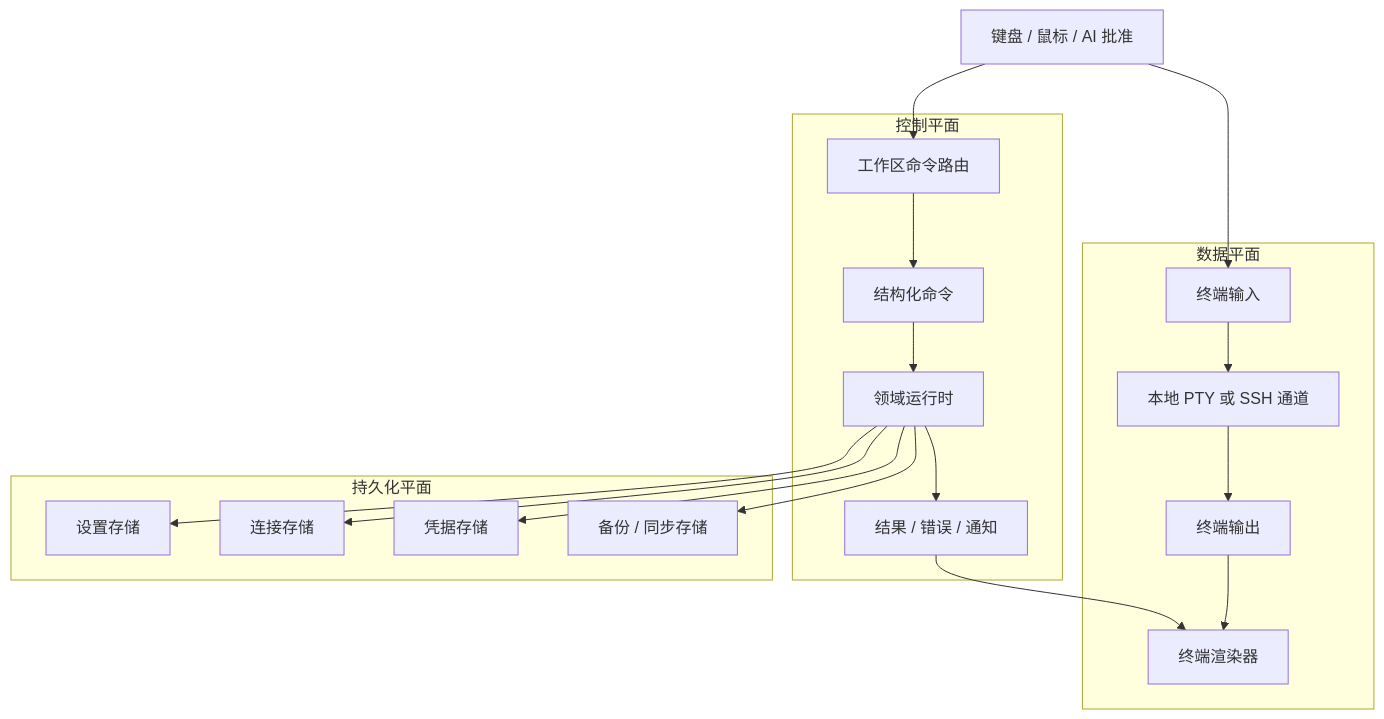
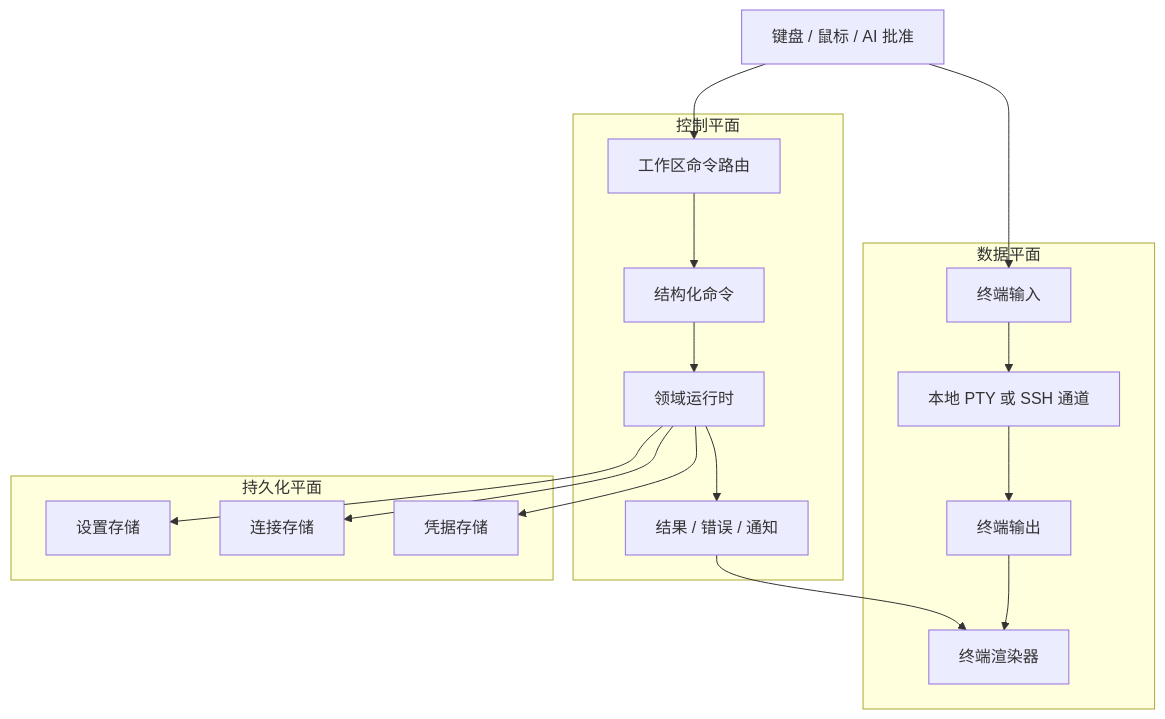
One commit to imeilige/oxideterm changed the third of 14 diagrams in docs/user-guide/zh-Hans/architecture.md. Above: the diagram before and after it, drawn with Mermaid. The commit also changed other lines of this file and 171 other files, not shown here.

````diff
--- a/docs/user-guide/zh-Hans/architecture.md
+++ b/docs/user-guide/zh-Hans/architecture.md
@@ -281,28 +272,27 @@
 ```mermaid
 flowchart TB
     Input["键盘 / 鼠标 / AI 批准"] --> Router["工作区命令路由"]
 
     subgraph DataPlane["数据平面"]
         TermIn["终端输入"]
         PtyOrSsh["本地 PTY 或 SSH 通道"]
         TermOut["终端输出"]
         Renderer["终端渲染器"]
         TermIn --> PtyOrSsh --> TermOut --> Renderer
     end
 
     subgraph ControlPlane["控制平面"]
         Router --> Cmd["结构化命令"]
         Cmd --> Domain["领域运行时"]
         Domain --> Result["结果 / 错误 / 通知"]
     end
 
     subgraph PersistencePlane["持久化平面"]
         Domain --> SettingsStore["设置存储"]
         Domain --> ConnectionStore["连接存储"]
         Domain --> SecretStore["凭据存储"]
-        Domain --> BackupStore["备份 / 同步存储"]
     end
 
     Input --> TermIn
     Result --> Renderer
 ```
````
